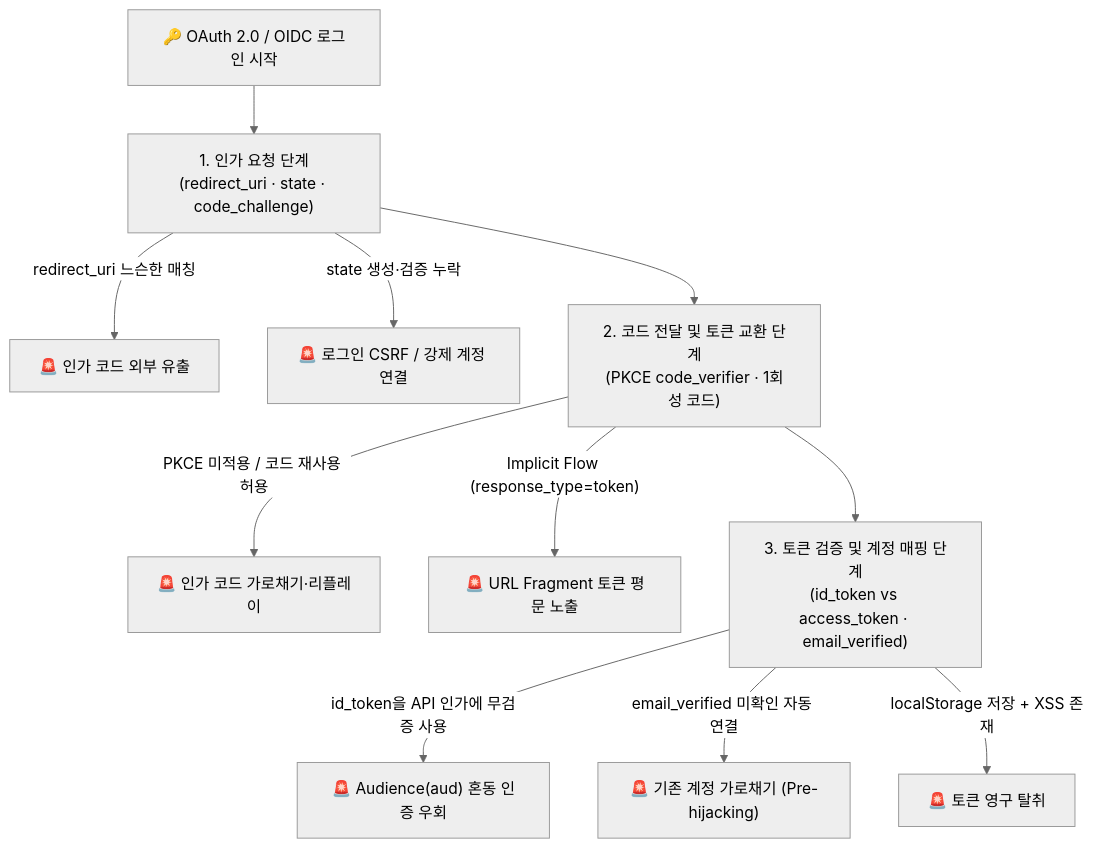
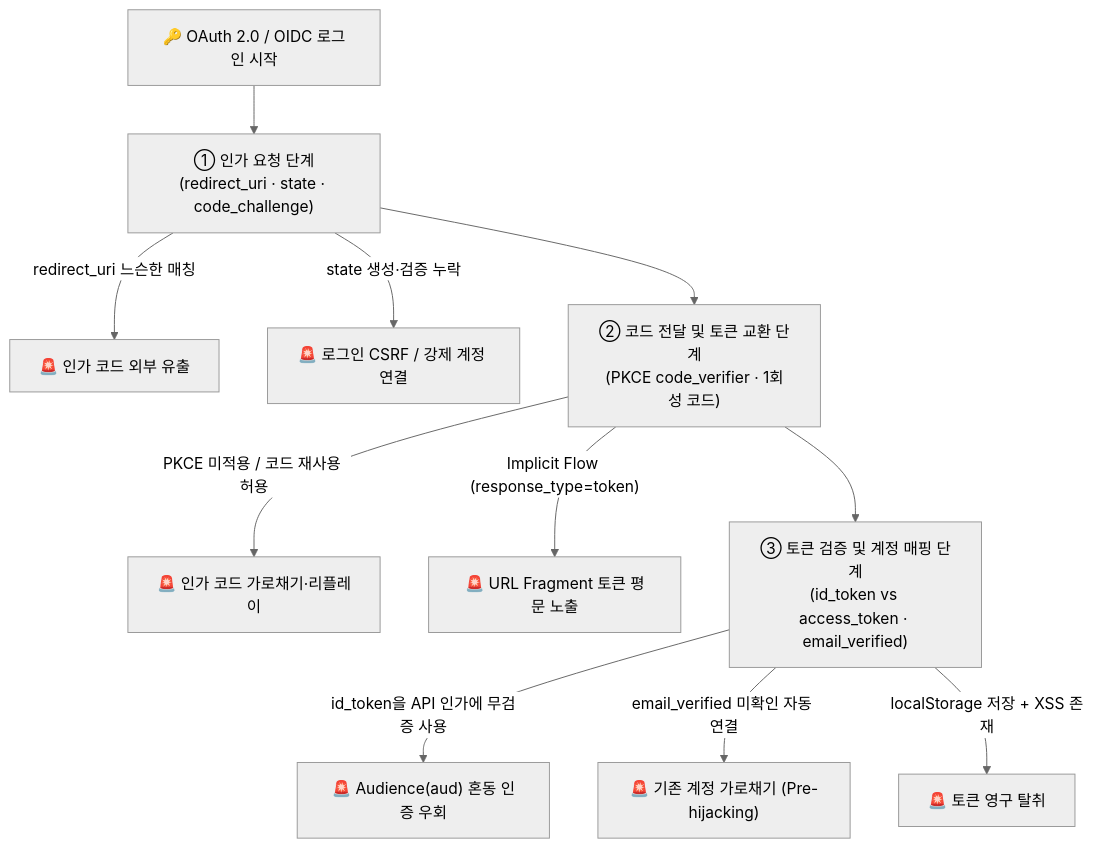
One commit to gooyong-sec/gooyong-sec.github.io changed the first of 3 diagrams in content/웹취약점/웹 취약점 진단 SSO편 — OAuth·OIDC 플로우 공격.md. Above: the diagram before and after it, drawn with Mermaid (neutral theme). The commit also changed 28 other files, not shown here.

First line of the commit message:
fix: eliminate remaining mermaid markdown-list misparse across all diagrams

````diff
--- a/content/웹취약점/웹 취약점 진단 SSO편 — OAuth·OIDC 플로우 공격.md
+++ b/content/웹취약점/웹 취약점 진단 SSO편 — OAuth·OIDC 플로우 공격.md
@@ -21,13 +21,13 @@
 ```mermaid
 flowchart TD
-    Start["🔑 OAuth 2.0 / OIDC 로그인 시작"] --> S1["1. 인가 요청 단계<br/>(redirect_uri · state · code_challenge)"]
+    Start["🔑 OAuth 2.0 / OIDC 로그인 시작"] --> S1["① 인가 요청 단계<br/>(redirect_uri · state · code_challenge)"]
     S1 -->|"redirect_uri 느슨한 매칭"| A1["🚨 인가 코드 외부 유출"]
     S1 -->|"state 생성·검증 누락"| A2["🚨 로그인 CSRF / 강제 계정 연결"]
-    S1 --> S2["2. 코드 전달 및 토큰 교환 단계<br/>(PKCE code_verifier · 1회성 코드)"]
+    S1 --> S2["② 코드 전달 및 토큰 교환 단계<br/>(PKCE code_verifier · 1회성 코드)"]
     S2 -->|"PKCE 미적용 / 코드 재사용 허용"| A3["🚨 인가 코드 가로채기·리플레이"]
     S2 -->|"Implicit Flow (response_type=token)"| A4["🚨 URL Fragment 토큰 평문 노출"]
-    S2 --> S3["3. 토큰 검증 및 계정 매핑 단계<br/>(id_token vs access_token · email_verified)"]
+    S2 --> S3["③ 토큰 검증 및 계정 매핑 단계<br/>(id_token vs access_token · email_verified)"]
     S3 -->|"id_token을 API 인가에 무검증 사용"| A5["🚨 Audience(aud) 혼동 인증 우회"]
     S3 -->|"email_verified 미확인 자동 연결"| A6["🚨 기존 계정 가로채기 (Pre-hijacking)"]
     S3 -->|"localStorage 저장 + XSS 존재"| A7["🚨 토큰 영구 탈취"]
 ```
````
